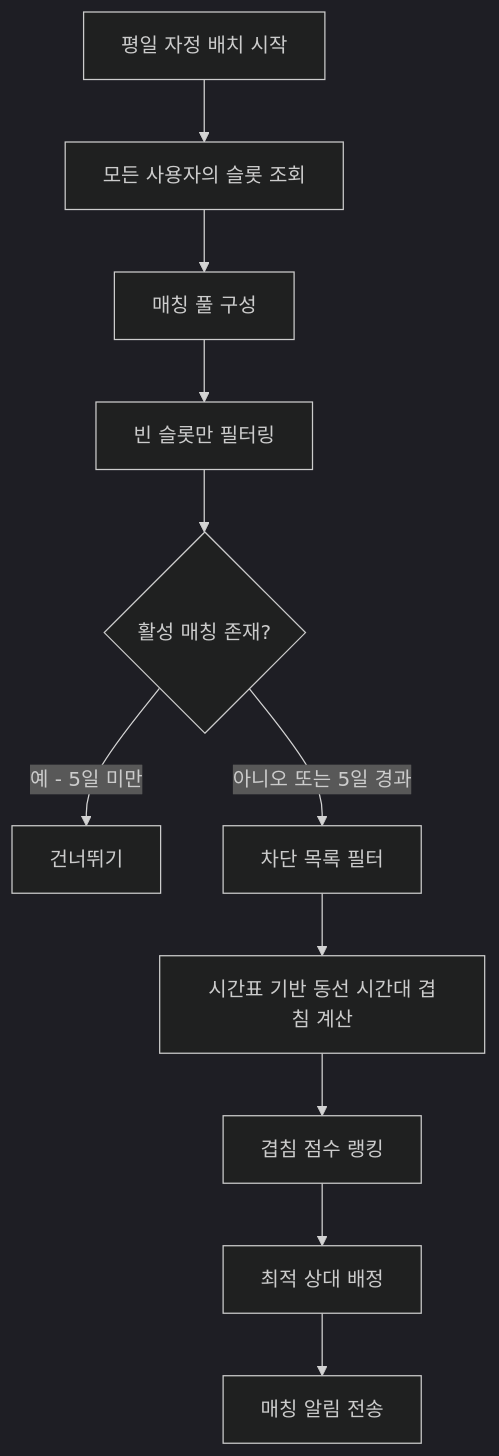
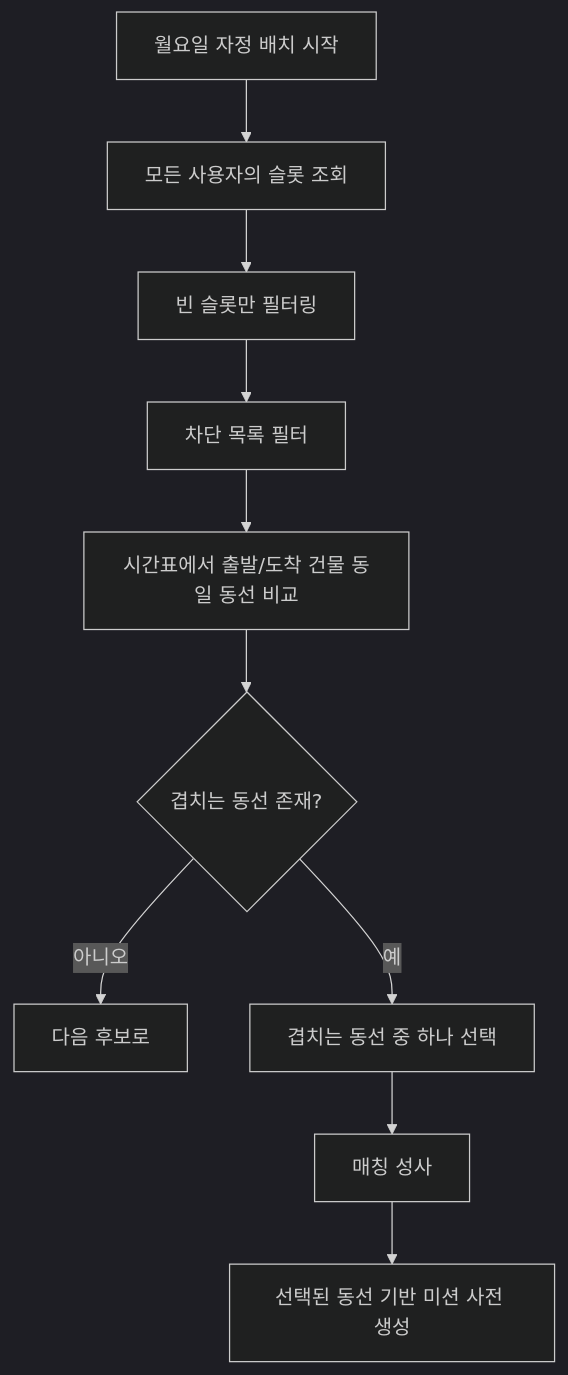
One commit to kookmin-sw/2026-capstone-57 changed the third of 5 diagrams in .kiro/specs/ilgi-yebo/design.md. Above: the diagram before and after it, drawn with Mermaid (dark theme). The commit also changed other lines of this file and 2 other files, not shown here.

````diff
--- a/.kiro/specs/ilgi-yebo/design.md
+++ b/.kiro/specs/ilgi-yebo/design.md
@@ -361,17 +361,14 @@
 ```mermaid
 flowchart TD
-    START[평일 자정 배치 시작] --> FETCH[모든 사용자의 슬롯 조회]
-    FETCH --> NORMAL[매칭 풀 구성]
+    START[월요일 자정 배치 시작] --> FETCH[모든 사용자의 슬롯 조회]
+    FETCH --> FILTER[빈 슬롯만 필터링]
+    FILTER --> BLOCK[차단 목록 필터]
     
-    NORMAL --> FILTER[빈 슬롯만 필터링]
-    FILTER --> SKIP{활성 매칭 존재?}
-    SKIP -->|예 - 5일 미만| PASS[건너뛰기]
-    SKIP -->|아니오 또는 5일 경과| BLOCK[차단 목록 필터]
+    BLOCK --> ROUTE[시간표에서 출발/도착 건물 동일 동선 비교]
     
-    BLOCK --> ROUTE[시간표 기반 동선 시간대 겹침 계산]
-    
-    ROUTE --> RANK[겹침 점수 랭킹]
-    
-    RANK --> ASSIGN[최적 상대 배정]
-    ASSIGN --> NOTIFY[매칭 알림 전송]
+    ROUTE --> MATCH{겹치는 동선 존재?}
+    MATCH -->|아니오| NEXT[다음 후보로]
+    MATCH -->|예| SELECT[겹치는 동선 중 하나 선택]
+    SELECT --> ASSIGN[매칭 성사]
+    ASSIGN --> MISSION[선택된 동선 기반 미션 사전 생성]
 ```
````
